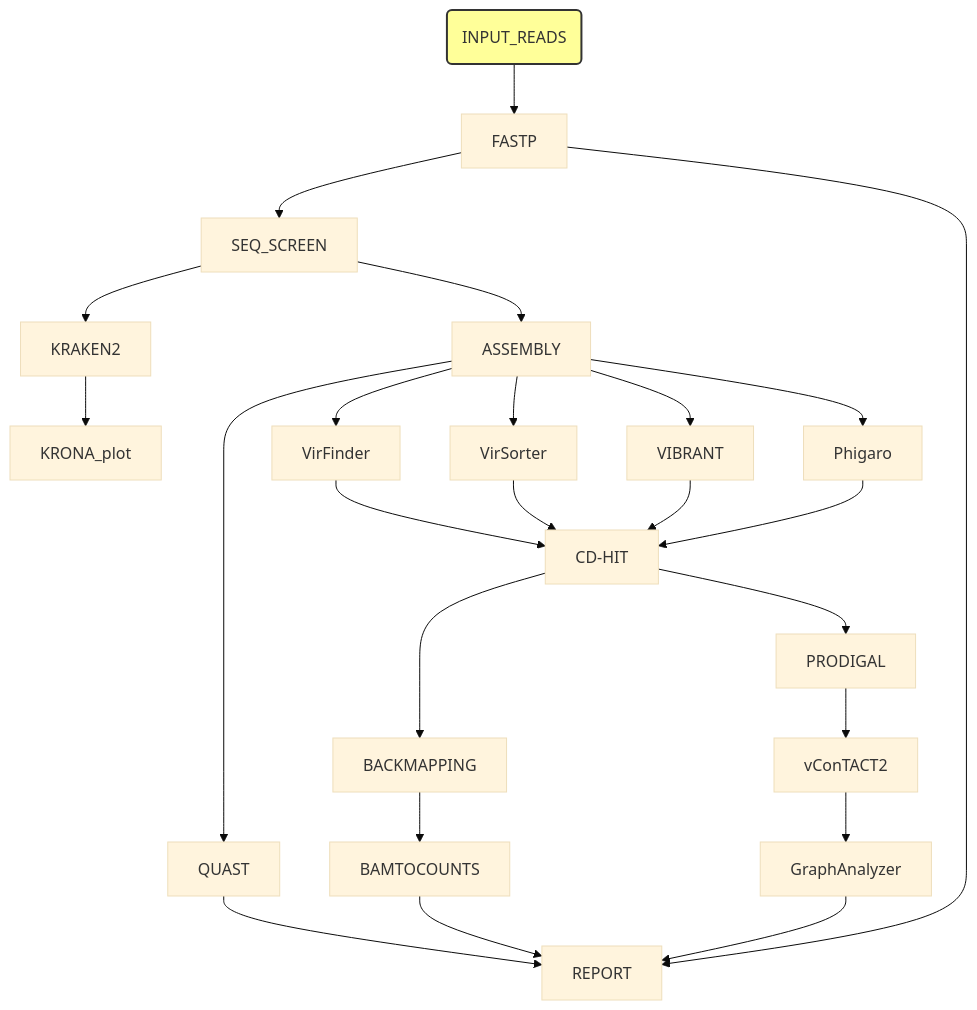
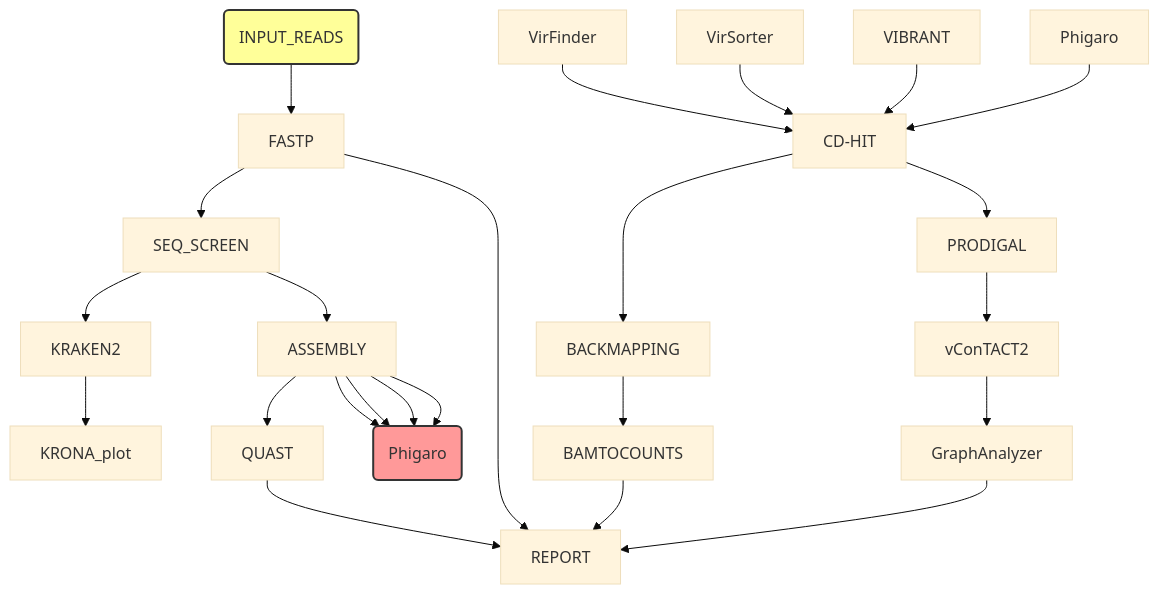
The diagram in README.md (telatin/magflow), drawn with Mermaid (base theme) before and after one commit.

````diff
--- a/README.md
+++ b/README.md
@@ -3,27 +3,28 @@
 ```mermaid
 graph TD;
  style input fill:#ff9,stroke:#333,stroke-width:2px
+ style miner fill:#f99,stroke:#333,stroke-width:2px
  input(INPUT_READS) --> FASTP;
  FASTP --> SEQ_SCREEN;
  SEQ_SCREEN --> KRAKEN2;
  KRAKEN2 --> KRONA_plot;
  SEQ_SCREEN --> ASSEMBLY;
  ASSEMBLY --> QUAST;
- ASSEMBLY --> VirFinder;
- ASSEMBLY --> VirSorter;
- ASSEMBLY --> VIBRANT;
- ASSEMBLY --> Phigaro;
+ ASSEMBLY --> miner(VirFinder);
+ ASSEMBLY --> miner(VirSorter);
+ ASSEMBLY --> miner(VIBRANT);
+ ASSEMBLY --> miner(Phigaro);
  VirFinder --> CD-HIT;
  VirSorter --> CD-HIT ;
  VIBRANT --> CD-HIT ;
  Phigaro --> CD-HIT ;
  CD-HIT --> BACKMAPPING;
  BACKMAPPING --> BAMTOCOUNTS;
  CD-HIT --> PRODIGAL;
  PRODIGAL --> vConTACT2;
  vConTACT2 --> GraphAnalyzer;
  GraphAnalyzer --> REPORT;
  BAMTOCOUNTS --> REPORT;
  FASTP --> REPORT;
  QUAST --> REPORT;
 ```
````
